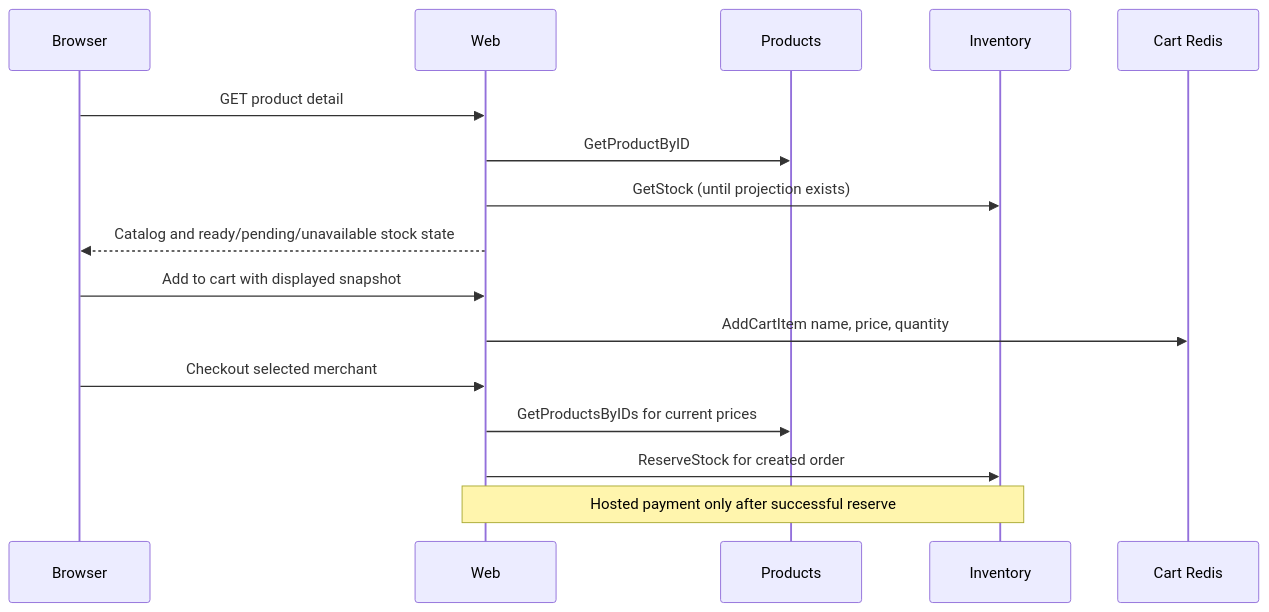
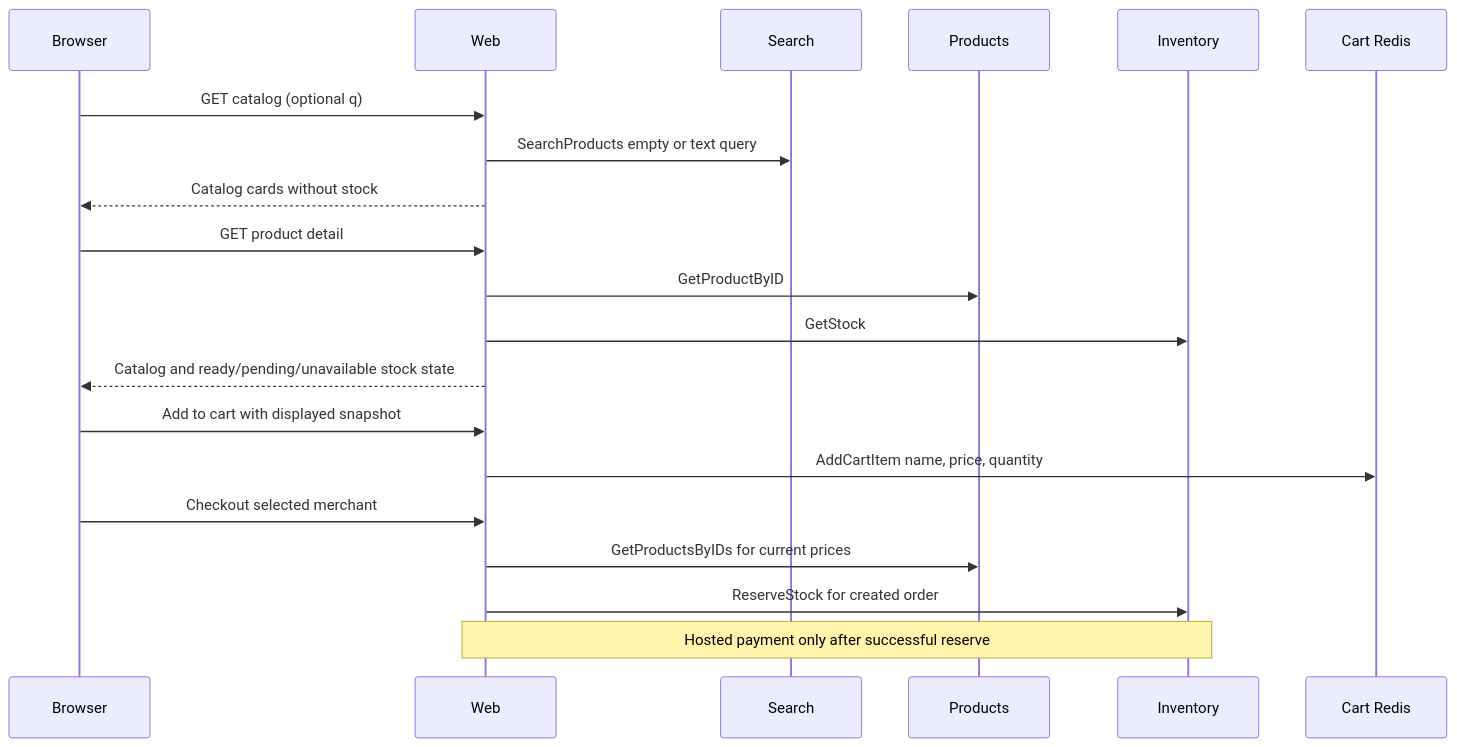
One commit to phuchoang2603/refurbished-marketplace changed the third of 3 diagrams in docs/catalog-inventory-search.md. Above: the diagram before and after it, drawn with Mermaid. The commit also changed other lines of this file and 95 other files, not shown here.

First line of the commit message:
Add Meilisearch catalog read model and search service (#62)

````diff
--- a/docs/catalog-inventory-search.md
+++ b/docs/catalog-inventory-search.md
@@ -66,18 +70,22 @@
 ```mermaid
 sequenceDiagram
   participant B as Browser
   participant W as Web
+  participant S as Search
   participant P as Products
   participant I as Inventory
   participant C as Cart Redis
+  B->>W: GET catalog (optional q)
+  W->>S: SearchProducts empty or text query
+  W-->>B: Catalog cards without stock
   B->>W: GET product detail
   W->>P: GetProductByID
-  W->>I: GetStock (until projection exists)
+  W->>I: GetStock
   W-->>B: Catalog and ready/pending/unavailable stock state
   B->>W: Add to cart with displayed snapshot
   W->>C: AddCartItem name, price, quantity
   B->>W: Checkout selected merchant
   W->>P: GetProductsByIDs for current prices
   W->>I: ReserveStock for created order
   Note over W,I: Hosted payment only after successful reserve
 ```
````
